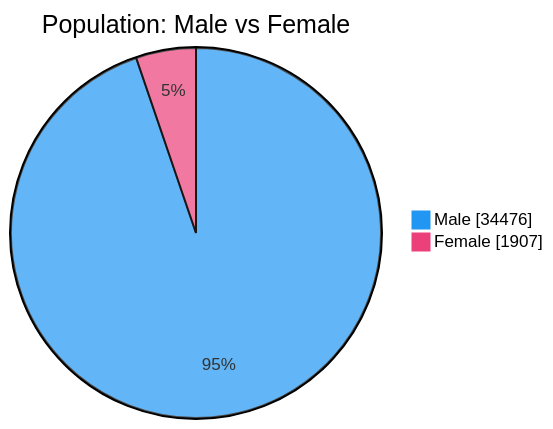
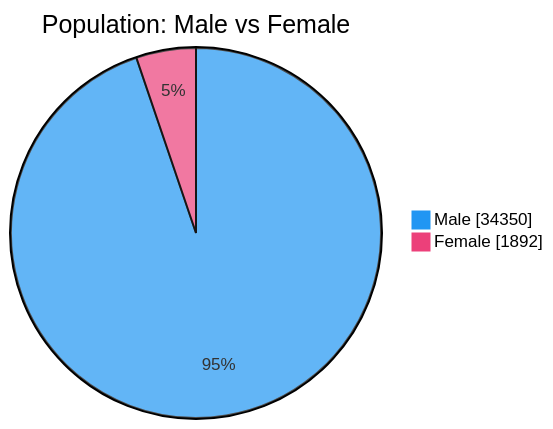
Before and after one commit to nuuuwan/lk_prisons: the second of 7 diagrams in README.md, drawn with Mermaid. The commit also changed other lines of this file and 1 other file, not shown here.

````diff
--- a/README.md
+++ b/README.md
@@ -54,6 +54,6 @@
 ```mermaid
 %%{init: {'themeVariables': {'pie1': '#2196F3', 'pie2': '#EC407A'}}}%%
 pie showData title Population: Male vs Female
-    "Male" : 34476
-    "Female" : 1907
+    "Male" : 34350
+    "Female" : 1892
 ```
````
